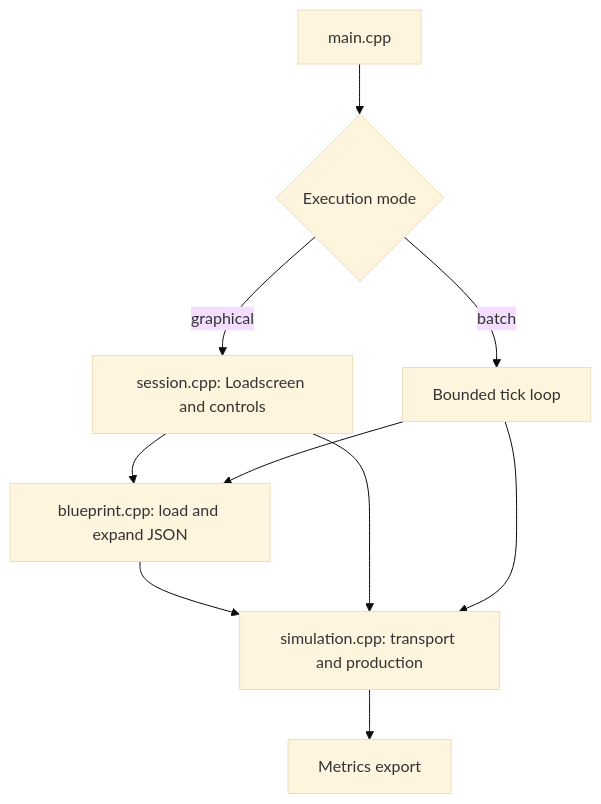
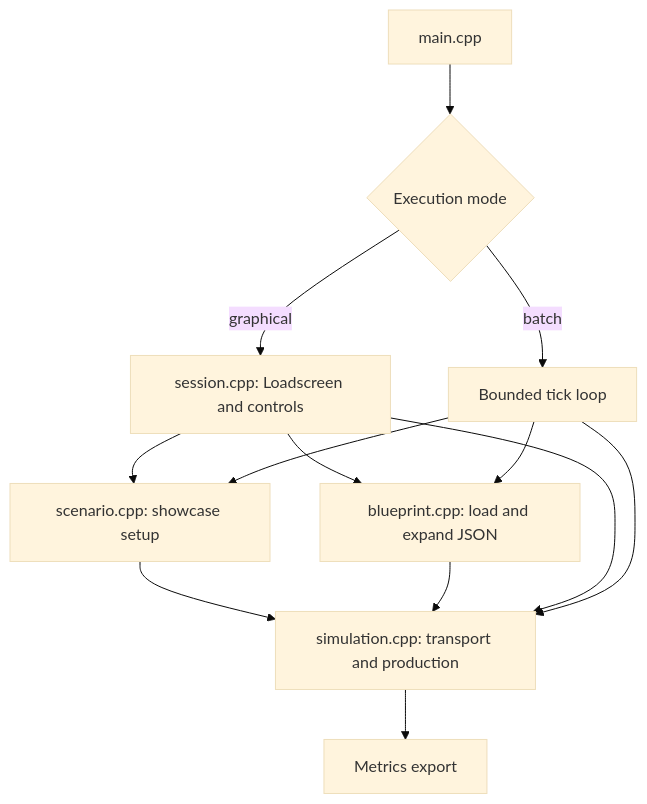
The diagram in labs/i4sim/src/README.md (SMB-M87/Kinetra-Lab), drawn with Mermaid (base theme) before and after one commit. The commit also changed other lines of this file and 17 other files, not shown here.

First line of the commit message:
feat(i4sim): showcase the presentation-test scenes from the loadscreen

````diff
--- a/labs/i4sim/src/README.md
+++ b/labs/i4sim/src/README.md
@@ -14,12 +14,15 @@
 ```mermaid
 flowchart TD
     Main["main.cpp"] --> Mode{"Execution mode"}
     Mode -->|graphical| Session["session.cpp: Loadscreen and controls"]
     Mode -->|batch| Batch["Bounded tick loop"]
     Session --> Loader["blueprint.cpp: load and expand JSON"]
     Batch --> Loader
+    Session --> Scenario["scenario.cpp: showcase setup"]
+    Batch --> Scenario
+    Scenario --> Sim
     Loader --> Sim["simulation.cpp: transport and production"]
     Session --> Sim
     Batch --> Sim
     Sim --> Export["Metrics export"]
 ```
````
